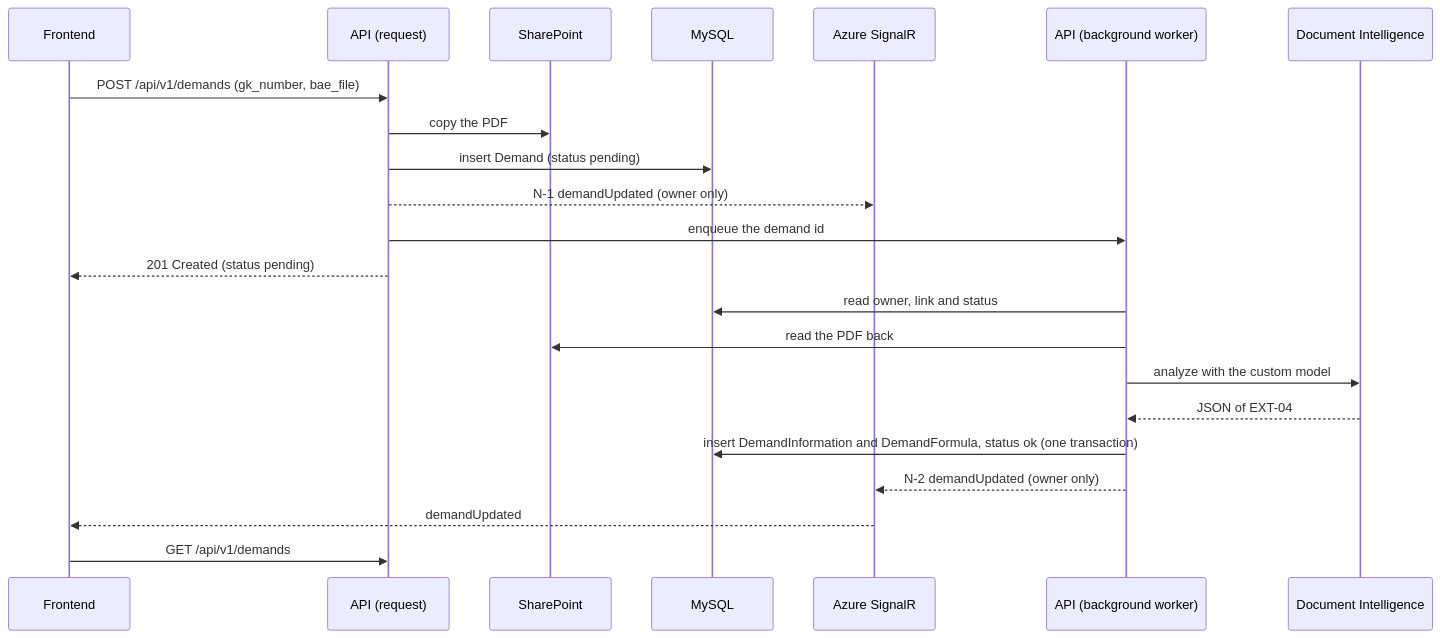
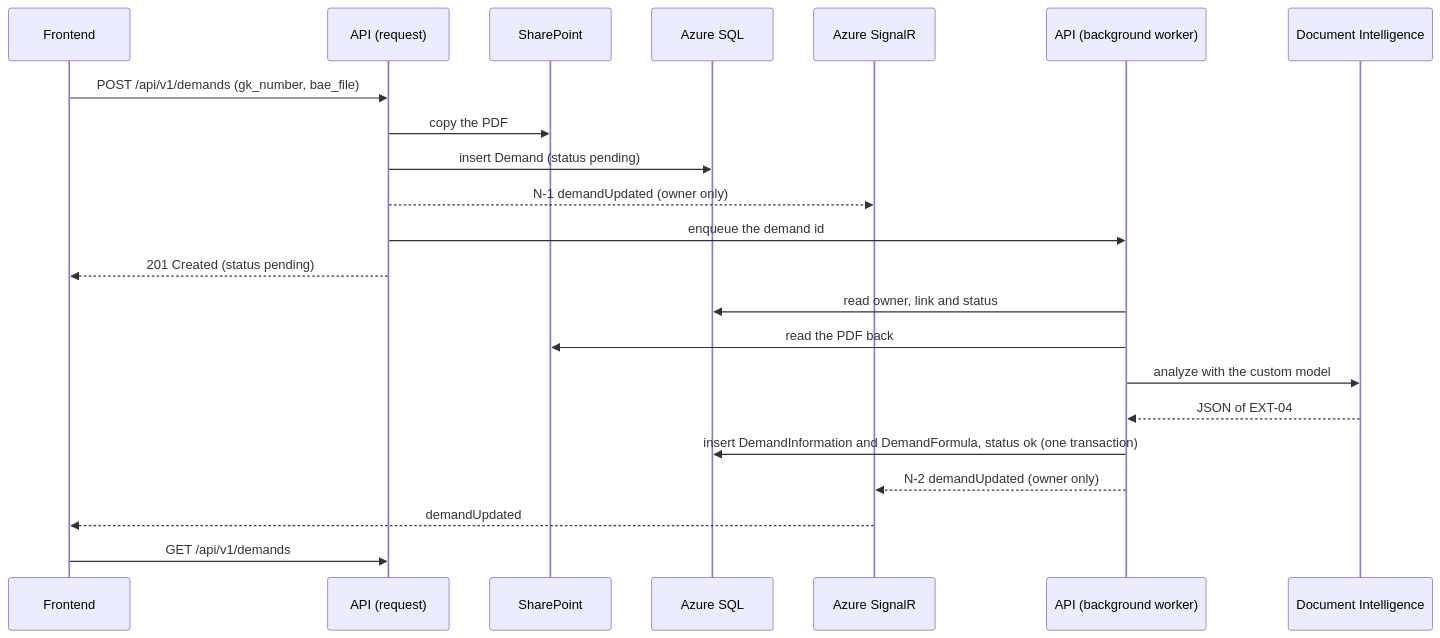
One commit to alex-talan/klesia-api changed the third of 3 diagrams in docs/specs/SPECIFICATIONS.md. Above: the diagram before and after it, drawn with Mermaid. The commit also changed other lines of this file and 47 other files, not shown here.

````diff
--- a/docs/specs/SPECIFICATIONS.md
+++ b/docs/specs/SPECIFICATIONS.md
@@ -774,24 +830,24 @@
 ```mermaid
 sequenceDiagram
     participant FE as Frontend
     participant API as API (request)
     participant SP as SharePoint
-    participant DB as MySQL
+    participant DB as Azure SQL
     participant SR as Azure SignalR
     participant W as API (background worker)
     participant DI as Document Intelligence
     FE->>API: POST /api/v1/demands (gk_number, bae_file)
     API->>SP: copy the PDF
     API->>DB: insert Demand (status pending)
     API-->>SR: N-1 demandUpdated (owner only)
     API->>W: enqueue the demand id
     API-->>FE: 201 Created (status pending)
     W->>DB: read owner, link and status
     W->>SP: read the PDF back
     W->>DI: analyze with the custom model
     DI-->>W: JSON of EXT-04
     W->>DB: insert DemandInformation and DemandFormula, status ok (one transaction)
     W-->>SR: N-2 demandUpdated (owner only)
     SR-->>FE: demandUpdated
     FE->>API: GET /api/v1/demands
 ```
````
